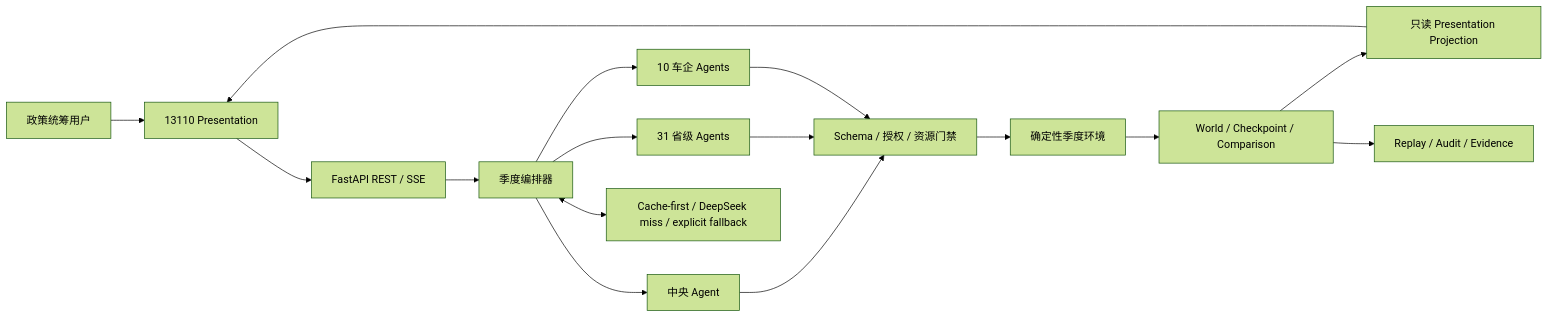
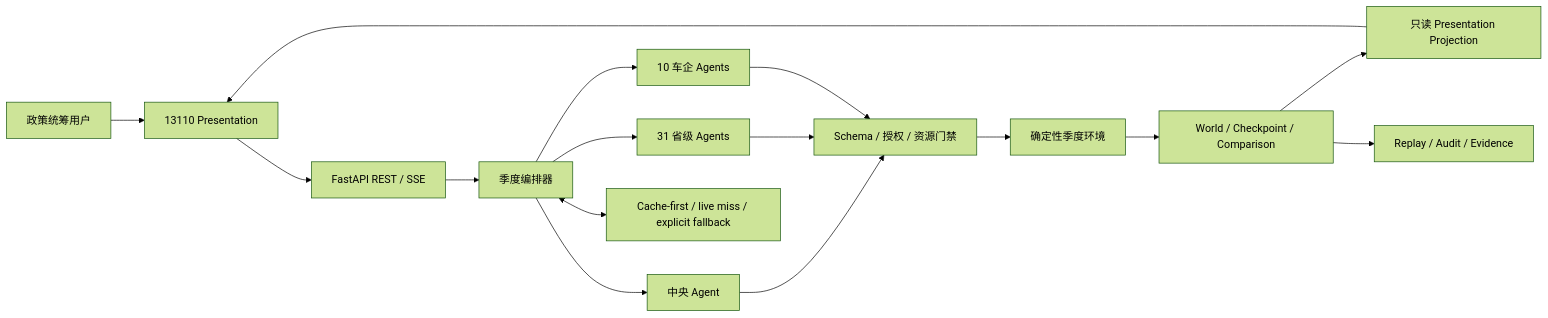
The diagram in README.md (banshanbans/FinalHackathon), drawn with Mermaid (forest theme) before and after one commit. The commit also changed other lines of this file and 606 other files, not shown here.

````diff
--- a/README.md
+++ b/README.md
@@ -115,20 +62,20 @@
 ```mermaid
 flowchart LR
     User[政策统筹用户] --> Presentation[13110 Presentation]
     Presentation --> API[FastAPI REST / SSE]
     API --> Orchestrator[季度编排器]
     Orchestrator --> Central[中央 Agent]
     Orchestrator --> Provinces[31 省级 Agents]
     Orchestrator --> OEMs[10 车企 Agents]
 
     Central --> Gate[Schema / 授权 / 资源门禁]
     Provinces --> Gate
     OEMs --> Gate
     Gate --> Env[确定性季度环境]
     Env --> State[World / Checkpoint / Comparison]
     State --> Projection[只读 Presentation Projection]
     Projection --> Presentation
 
-    Orchestrator <--> Cache[Cache-first / DeepSeek miss / explicit fallback]
+    Orchestrator <--> Cache[Cache-first / live miss / explicit fallback]
     State --> Audit[Replay / Audit / Evidence]
 ```
````
